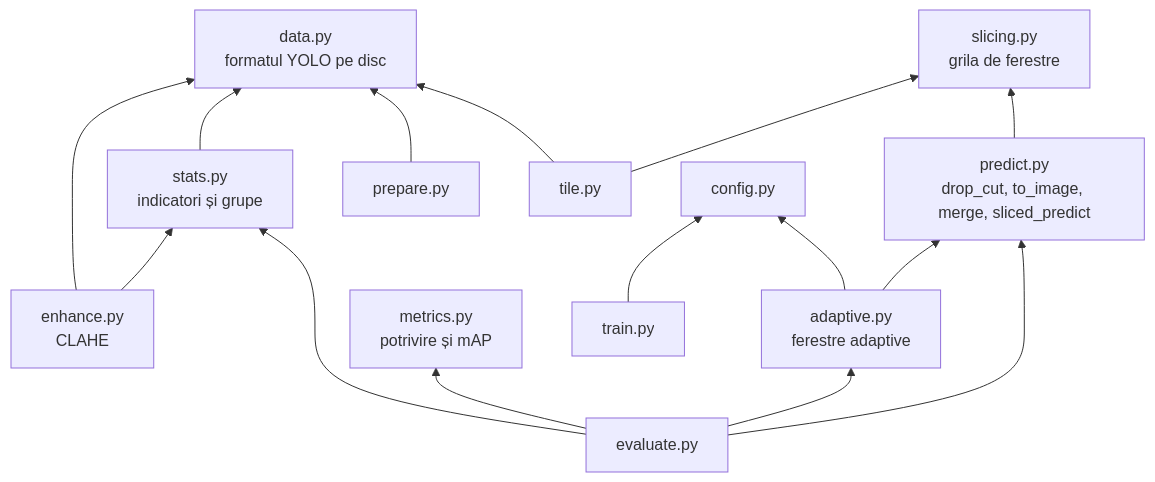
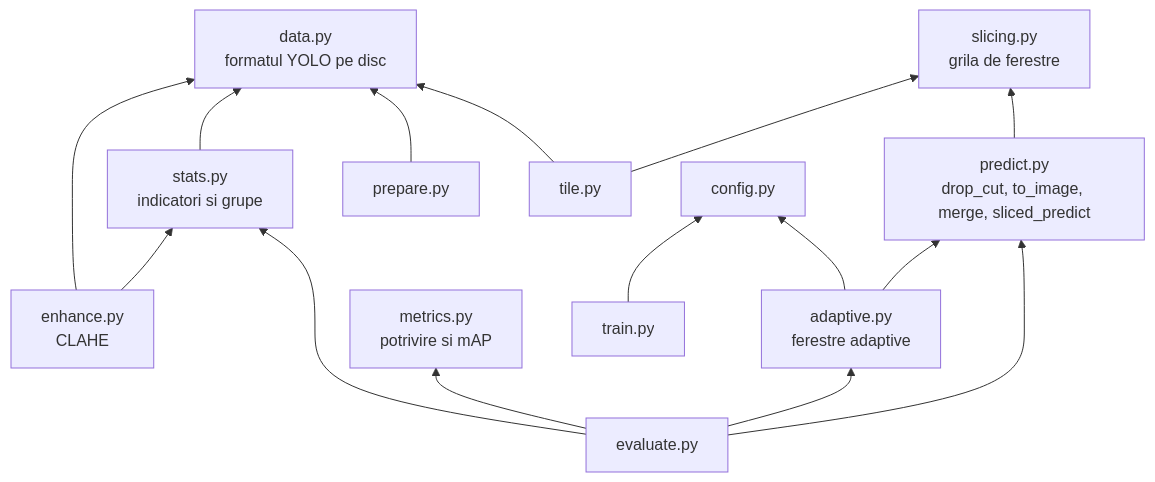
The second of 2 diagrams in docs/pipeline/README.md (zaha27/pi-p), drawn with Mermaid before and after one commit. The commit also changed other lines of this file and 57 other files, not shown here.

````diff
--- a/docs/pipeline/README.md
+++ b/docs/pipeline/README.md
@@ -67,37 +67,37 @@
 ```mermaid
 flowchart BT
     data["data.py
 formatul YOLO pe disc"]
     slicing["slicing.py
 grila de ferestre"]
     stats["stats.py
-indicatori și grupe"]
+indicatori si grupe"]
     enhance["enhance.py
 CLAHE"]
     predict["predict.py
 drop_cut, to_image, merge, sliced_predict"]
     adaptive["adaptive.py
 ferestre adaptive"]
     metrics["metrics.py
-potrivire și mAP"]
+potrivire si mAP"]
     prepare["prepare.py"]
     tile["tile.py"]
     evaluate["evaluate.py"]
     train["train.py"]
     config["config.py"]
 
     prepare --> data
     stats --> data
     enhance --> stats
     enhance --> data
     tile --> slicing
     tile --> data
     predict --> slicing
     adaptive --> predict
     adaptive --> config
     evaluate --> predict
     evaluate --> adaptive
     evaluate --> metrics
     evaluate --> stats
     train --> config
 ```
````
